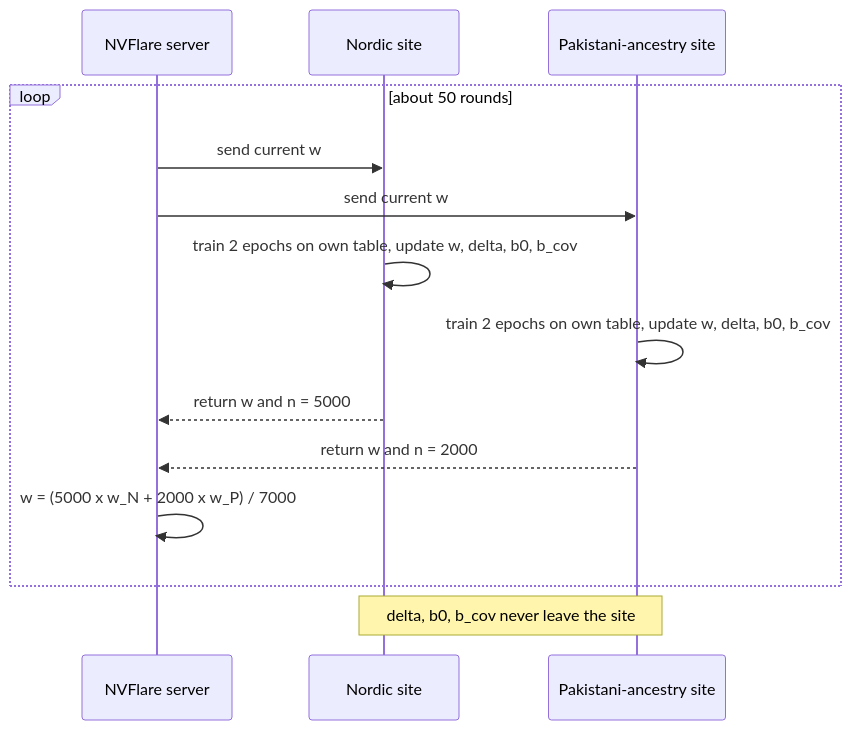
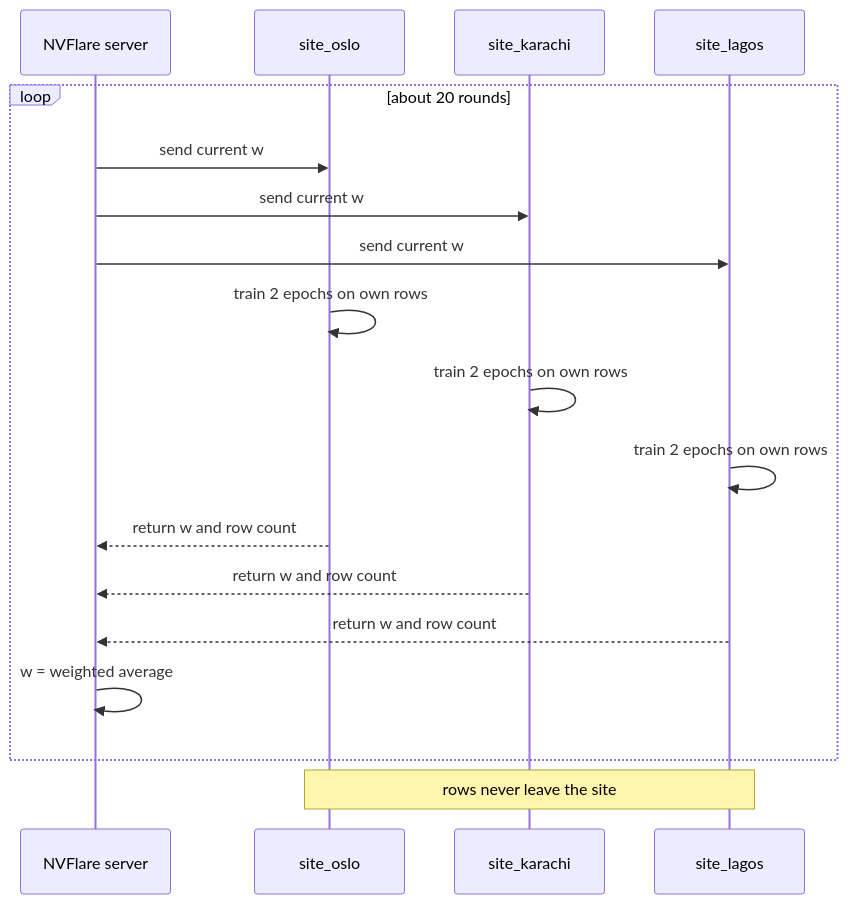
One commit to collaborativebioinformatics/Hello-World-Federated-Learning-for-Clinical-Diagnostics changed the second of 2 diagrams in README.md. Above: the diagram before and after it, drawn with Mermaid. The commit also changed other lines of this file and 1 other file, not shown here.

````diff
--- a/README.md
+++ b/README.md
@@ -152,16 +203,20 @@
 ```mermaid
 sequenceDiagram
     participant S as NVFlare server
-    participant N as Nordic site
-    participant P as Pakistani-ancestry site
-    loop about 50 rounds
-        S->>N: send current w
-        S->>P: send current w
-        N->>N: train 2 epochs on own table, update w, delta, b0, b_cov
-        P->>P: train 2 epochs on own table, update w, delta, b0, b_cov
-        N-->>S: return w and n = 5000
-        P-->>S: return w and n = 2000
-        S->>S: w = (5000 x w_N + 2000 x w_P) / 7000
+    participant O as site_oslo
+    participant K as site_karachi
+    participant L as site_lagos
+    loop about 20 rounds
+        S->>O: send current w
+        S->>K: send current w
+        S->>L: send current w
+        O->>O: train 2 epochs on own rows
+        K->>K: train 2 epochs on own rows
+        L->>L: train 2 epochs on own rows
+        O-->>S: return w and row count
+        K-->>S: return w and row count
+        L-->>S: return w and row count
+        S->>S: w = weighted average
     end
-    Note over N,P: delta, b0, b_cov never leave the site
+    Note over O,L: rows never leave the site
 ```
````
